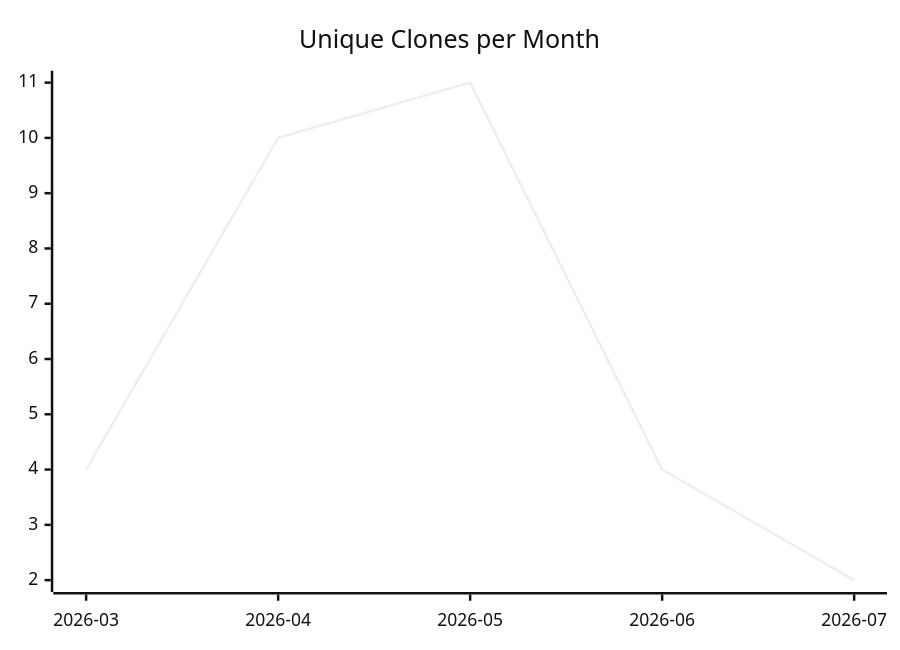
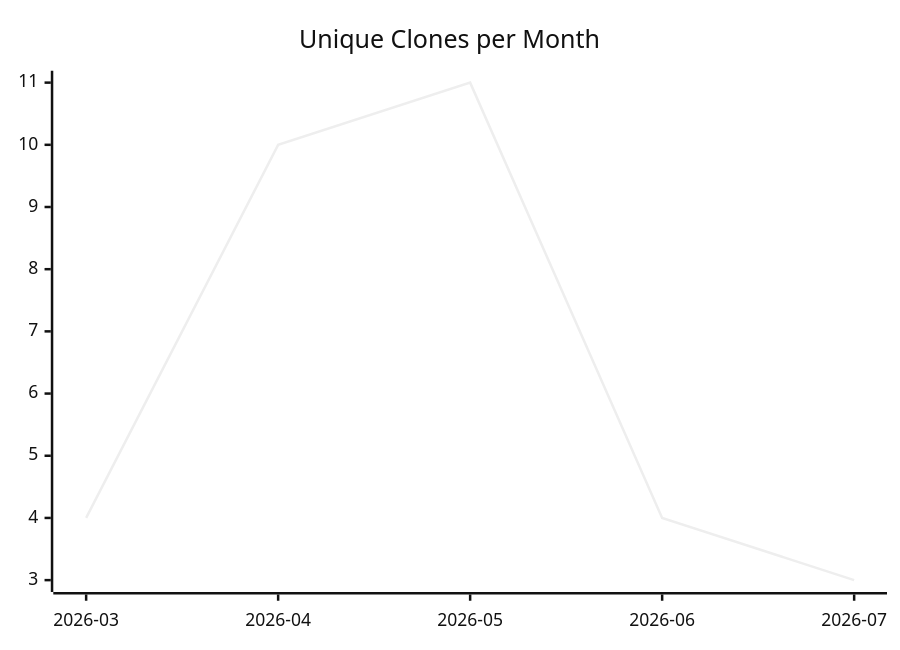
The third of 3 diagrams in karlmdavis/workstation-base-ansible-role/README.md (justdavis-family/github-analytics-data), drawn with Mermaid (neutral theme) before and after one commit. The commit also changed other lines of this file and 188 other files, not shown here.

````diff
--- a/karlmdavis/workstation-base-ansible-role/README.md
+++ b/karlmdavis/workstation-base-ansible-role/README.md
@@ -19,6 +19,6 @@
 ```mermaid
 xychart-beta
   title "Unique Clones per Month"
   x-axis ["2026-03", "2026-04", "2026-05", "2026-06", "2026-07"]
-  line [4, 10, 11, 4, 2]
+  line [4, 10, 11, 4, 3]
 ```
````
